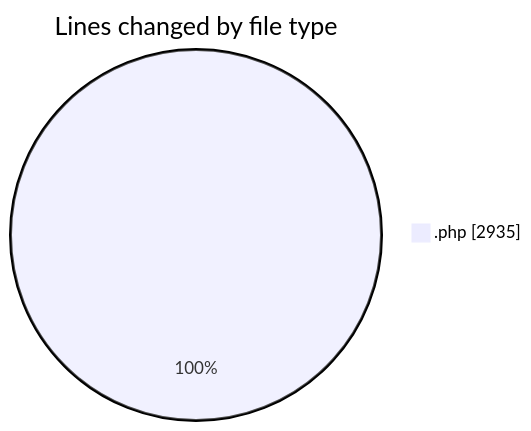
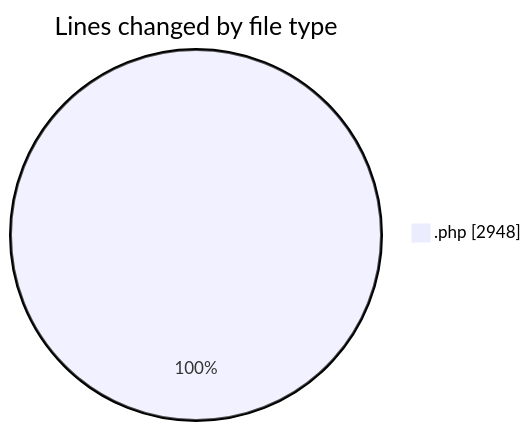
One commit to LanceThiago/code-tracking changed the first of 2 diagrams in 2026-09-09/fz3temp-2/README.md. Above: the diagram before and after it, drawn with Mermaid. The commit also changed other lines of this file and 1 other file, not shown here.

````diff
--- a/2026-09-09/fz3temp-2/README.md
+++ b/2026-09-09/fz3temp-2/README.md
@@ -34,5 +34,5 @@
 ```mermaid
 pie showData
 title Lines changed by file type
-".php" : 2935
+".php" : 2948
 ```
````
